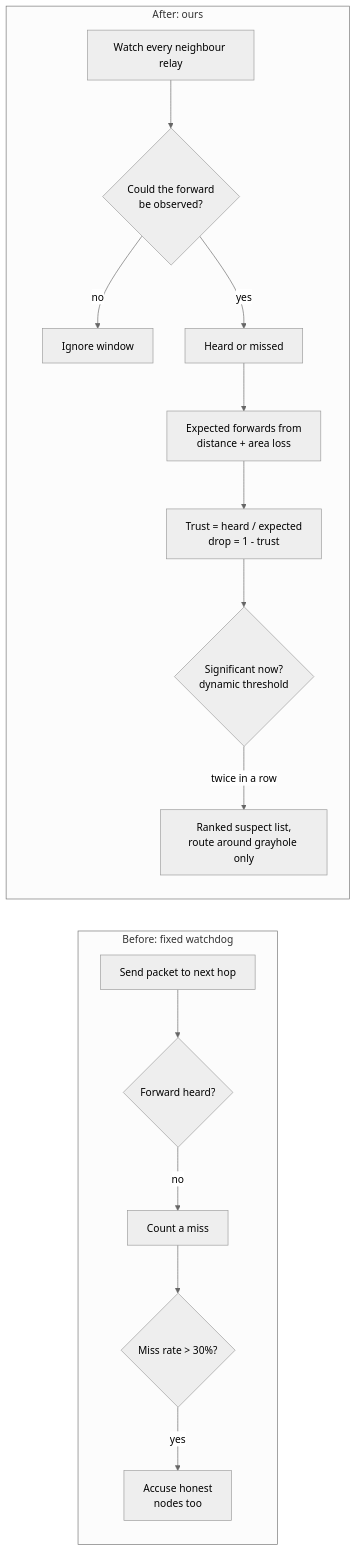
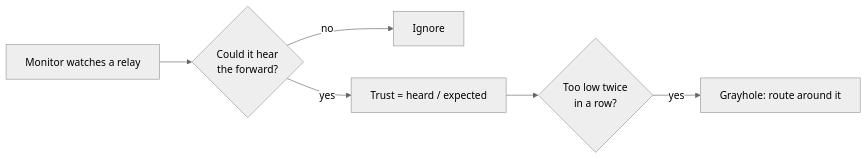
The diagram in README.md (AppajiDheeraj/uwan-grayhole-detection), drawn with Mermaid (neutral theme) before and after one commit. The commit also changed other lines of this file and 47 other files, not shown here.

````diff
--- a/README.md
+++ b/README.md
@@ -44,18 +30,8 @@
 ```mermaid
 flowchart LR
-  subgraph Before["Before: fixed watchdog"]
-    A1[Send packet to next hop] --> A2{Forward heard?}
-    A2 -- no --> A3[Count a miss]
-    A3 --> A4{Miss rate > 30%?}
-    A4 -- yes --> A5[Accuse honest<br/>nodes too]
-  end
-  subgraph After["After: ours"]
-    B1[Watch every neighbour relay] --> B2{Could the forward<br/>be observed?}
-    B2 -- no --> B3[Ignore window]
-    B2 -- yes --> B4[Heard or missed]
-    B4 --> B5[Expected forwards from<br/>distance + area loss]
-    B5 --> B6[Trust = heard / expected<br/>drop = 1 - trust]
-    B6 --> B7{Significant now?<br/>dynamic threshold}
-    B7 -- twice in a row --> B8[Ranked suspect list,<br/>route around grayhole only]
-  end
+    A["Monitor watches a relay"] --> B{"Could it hear<br/>the forward?"}
+    B -- no --> C["Ignore"]
+    B -- yes --> D["Trust = heard / expected"]
+    D --> E{"Too low twice<br/>in a row?"}
+    E -- yes --> F["Grayhole: route around it"]
 ```
````
